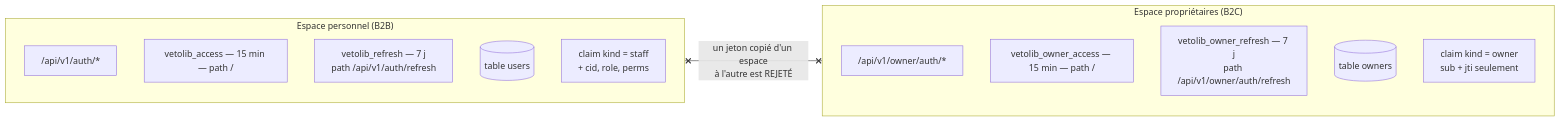
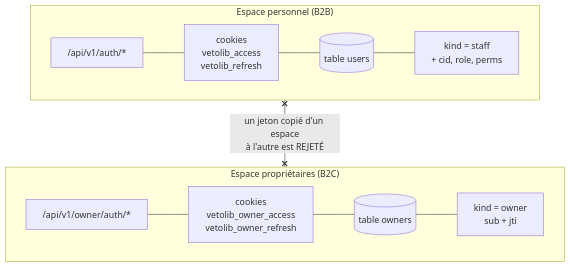
One commit to kederiku/VetLib changed the first of 2 diagrams in documentation/docs/architecture/authentification.md. Above: the diagram before and after it, drawn with Mermaid. The commit also changed 7 other files, not shown here.

First line of the commit message:
feat(docs): bouton « Agrandir » sur les diagrammes Mermaid (#20)

````diff
--- a/documentation/docs/architecture/authentification.md
+++ b/documentation/docs/architecture/authentification.md
@@ -21,20 +21,18 @@
 ```mermaid
-flowchart LR
+flowchart TD
   subgraph STAFF["Espace personnel (B2B)"]
-    SA["/api/v1/auth/*"]
-    SC1["vetolib_access — 15 min — path /"]
-    SC2["vetolib_refresh — 7 j<br/>path /api/v1/auth/refresh"]
-    ST[("table users")]
-    SK["claim kind = staff<br/>+ cid, role, perms"]
+    direction LR
+    SA["/api/v1/auth/*"] --- SC1["cookies<br/>vetolib_access<br/>vetolib_refresh"]
+    SC1 --- ST[("table users")]
+    ST --- SK["kind = staff<br/>+ cid, role, perms"]
   end
 
   subgraph OWNER["Espace propriétaires (B2C)"]
-    OA["/api/v1/owner/auth/*"]
-    OC1["vetolib_owner_access — 15 min — path /"]
-    OC2["vetolib_owner_refresh — 7 j<br/>path /api/v1/owner/auth/refresh"]
-    OT[("table owners")]
-    OK["claim kind = owner<br/>sub + jti seulement"]
+    direction LR
+    OA["/api/v1/owner/auth/*"] --- OC1["cookies<br/>vetolib_owner_access<br/>vetolib_owner_refresh"]
+    OC1 --- OT[("table owners")]
+    OT --- OK["kind = owner<br/>sub + jti"]
   end
 
   STAFF x--x|"un jeton copié d'un espace<br/>à l'autre est REJETÉ"| OWNER
 ```
````
